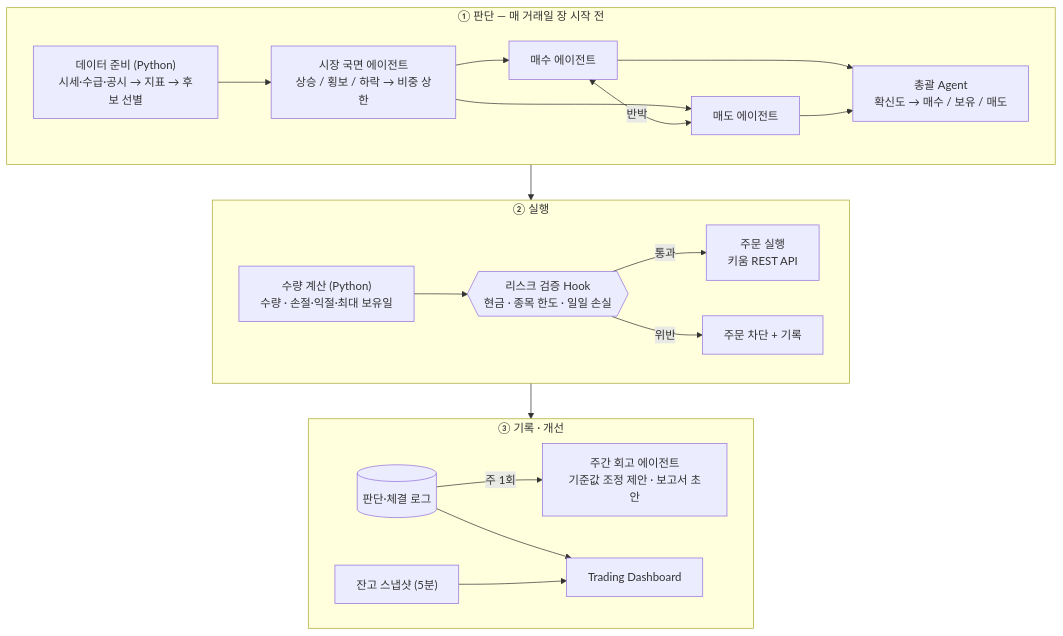
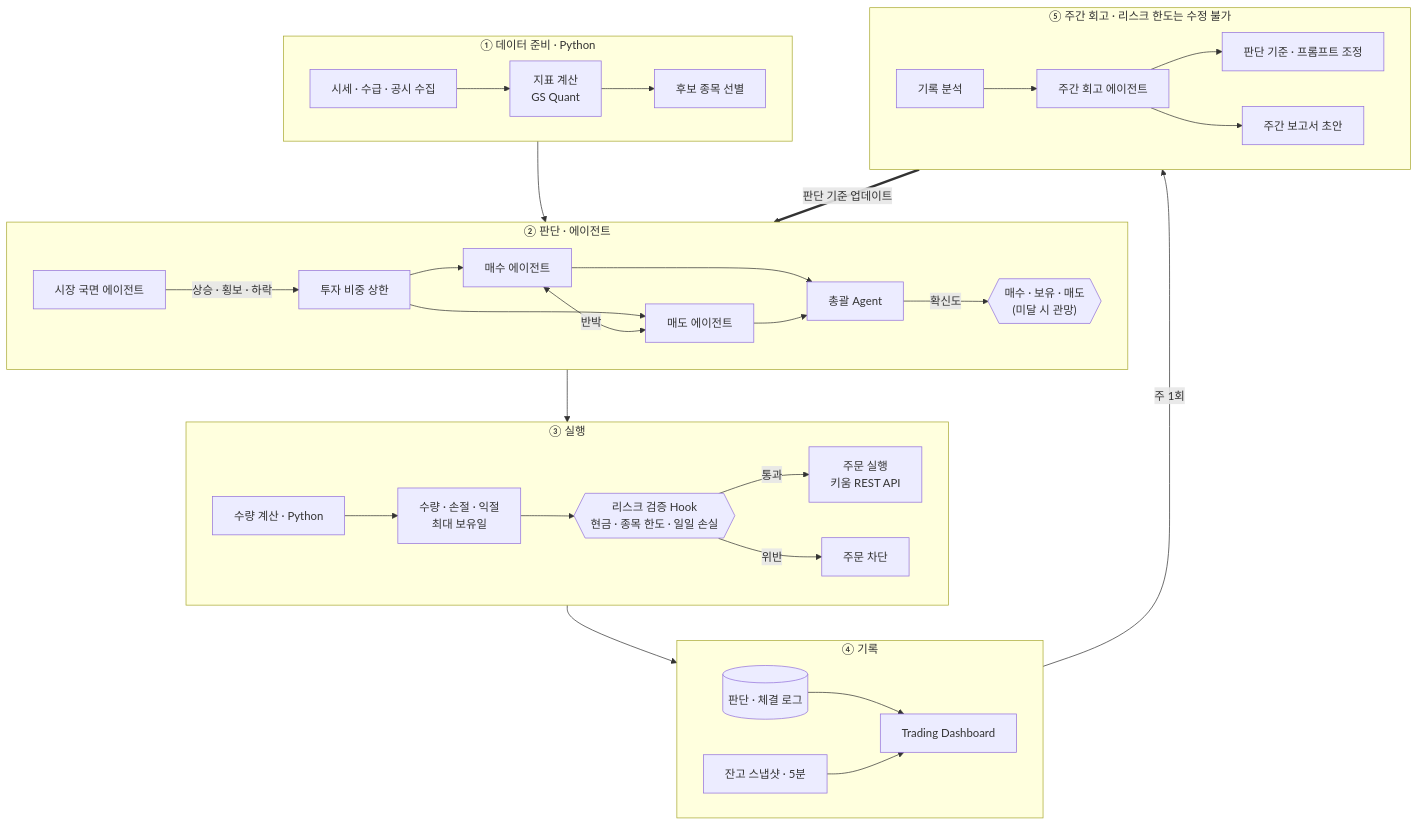
Before and after one commit to isopink/hynix-298f: the diagram in README.ko.md, drawn with Mermaid. The commit also changed 1 other file, not shown here.

Commit message:
README: show the weekly self-improvement loop in the diagram
Break the in-box arrows into real nodes and edges, split data prep and
weekly review into their own stages, and route the review back into the
decision stage so the feedback loop is visible.

````diff
--- a/README.ko.md
+++ b/README.ko.md
@@ -46,25 +46,37 @@
 ```mermaid
 flowchart TB
-    subgraph P1["① 판단 — 매 거래일 장 시작 전"]
+    subgraph S1["① 데이터 준비 · Python"]
         direction LR
-        A["데이터 준비 (Python)<br/>시세·수급·공시 → 지표 → 후보 선별"] --> B["시장 국면 에이전트<br/>상승 / 횡보 / 하락 → 비중 상한"]
-        B --> C["매수 에이전트"]
-        B --> D["매도 에이전트"]
-        C <-->|반박| D
-        C --> E["총괄 Agent<br/>확신도 → 매수 / 보유 / 매도"]
-        D --> E
+        A1["시세 · 수급 · 공시 수집"] --> A2["지표 계산<br/>GS Quant"] --> A3["후보 종목 선별"]
     end
-    subgraph P2["② 실행"]
+    subgraph S2["② 판단 · 에이전트"]
         direction LR
-        F["수량 계산 (Python)<br/>수량 · 손절·익절·최대 보유일"] --> G{{"리스크 검증 Hook<br/>현금 · 종목 한도 · 일일 손실"}}
+        B1["시장 국면 에이전트"] -->|상승 · 횡보 · 하락| B2["투자 비중 상한"]
+        B2 --> C1["매수 에이전트"]
+        B2 --> C2["매도 에이전트"]
+        C1 <-->|반박| C2
+        C1 --> E1["총괄 Agent"]
+        C2 --> E1
+        E1 -->|확신도| E2{{"매수 · 보유 · 매도<br/>(미달 시 관망)"}}
+    end
+    subgraph S3["③ 실행"]
+        direction LR
+        F1["수량 계산 · Python"] --> F2["수량 · 손절 · 익절<br/>최대 보유일"] --> G{{"리스크 검증 Hook<br/>현금 · 종목 한도 · 일일 손실"}}
         G -->|통과| H["주문 실행<br/>키움 REST API"]
-        G -->|위반| X["주문 차단 + 기록"]
+        G -->|위반| X["주문 차단"]
     end
-    subgraph P3["③ 기록 · 개선"]
+    subgraph S4["④ 기록"]
         direction LR
-        I[("판단·체결 로그")] -->|주 1회| J["주간 회고 에이전트<br/>기준값 조정 제안 · 보고서 초안"]
-        I --> K["Trading Dashboard"]
-        L["잔고 스냅샷 (5분)"] --> K
+        I[("판단 · 체결 로그")] --> K["Trading Dashboard"]
+        L["잔고 스냅샷 · 5분"] --> K
     end
-    P1 --> P2 --> P3
+    subgraph S5["⑤ 주간 회고 · 리스크 한도는 수정 불가"]
+        direction LR
+        J1["기록 분석"] --> J2["주간 회고 에이전트"]
+        J2 --> J3["판단 기준 · 프롬프트 조정"]
+        J2 --> J4["주간 보고서 초안"]
+    end
+    S1 --> S2 --> S3 --> S4
+    S4 -->|주 1회| S5
+    S5 == "판단 기준 업데이트" ==> S2
 ```
````
